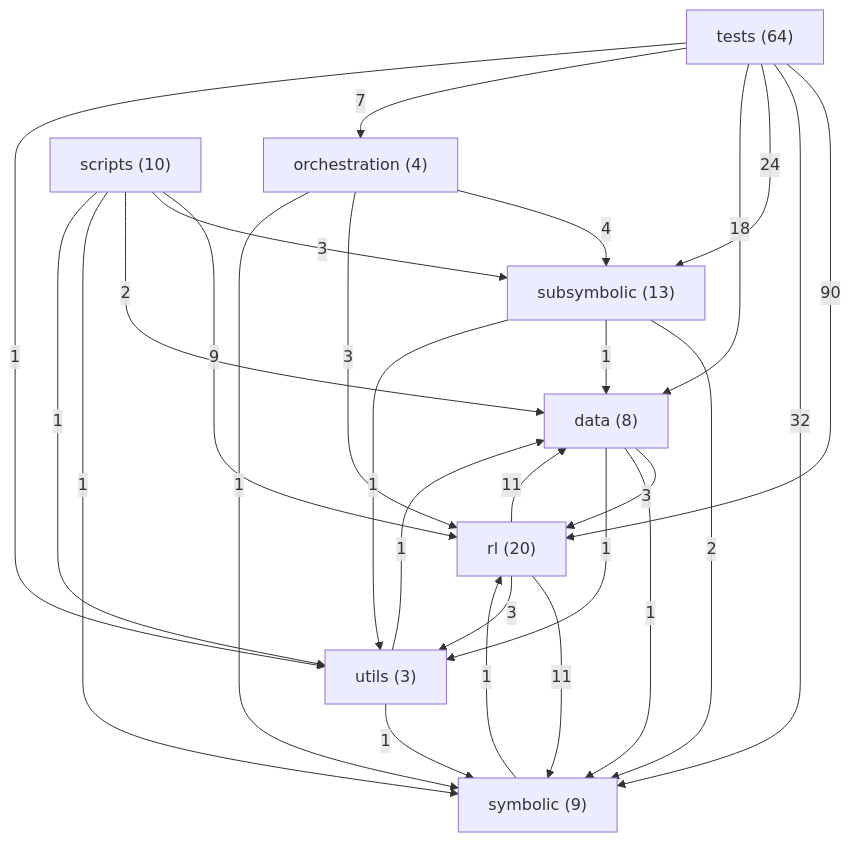
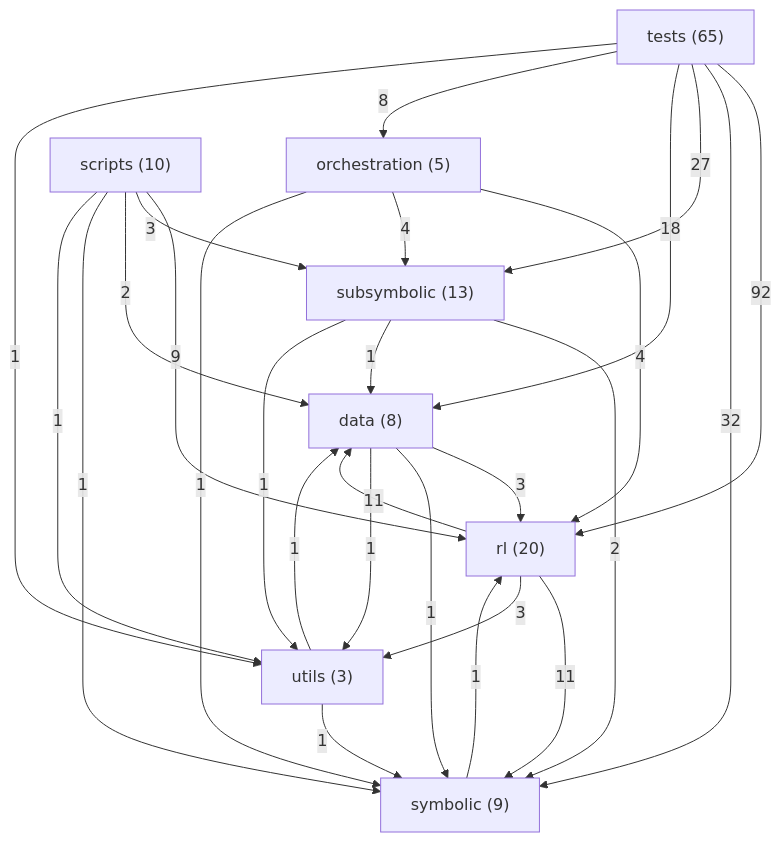
One commit to danrd/ARC-AGI changed the diagram in ARCHITECTURE.md. Above: the diagram before and after it, drawn with Mermaid. The commit also changed other lines of this file and 2 other files, not shown here.

````diff
--- a/ARCHITECTURE.md
+++ b/ARCHITECTURE.md
@@ -162,37 +162,37 @@
 ```mermaid
 graph TD
   data["data (8)"]
-  orchestration["orchestration (4)"]
+  orchestration["orchestration (5)"]
   rl["rl (20)"]
   scripts["scripts (10)"]
   subsymbolic["subsymbolic (13)"]
   symbolic["symbolic (9)"]
-  tests["tests (64)"]
+  tests["tests (65)"]
   utils["utils (3)"]
-  tests -->|90| rl
+  tests -->|92| rl
   tests -->|32| symbolic
-  tests -->|24| subsymbolic
+  tests -->|27| subsymbolic
   tests -->|18| data
   rl -->|11| data
   rl -->|11| symbolic
   scripts -->|9| rl
-  tests -->|7| orchestration
+  tests -->|8| orchestration
+  orchestration -->|4| rl
   orchestration -->|4| subsymbolic
   data -->|3| rl
-  orchestration -->|3| rl
   rl -->|3| utils
   scripts -->|3| subsymbolic
   scripts -->|2| data
   subsymbolic -->|2| symbolic
   data -->|1| symbolic
   data -->|1| utils
   orchestration -->|1| symbolic
   scripts -->|1| symbolic
   scripts -->|1| utils
   subsymbolic -->|1| data
   subsymbolic -->|1| utils
   symbolic -->|1| rl
   tests -->|1| utils
   utils -->|1| data
   utils -->|1| symbolic
 ```
````
